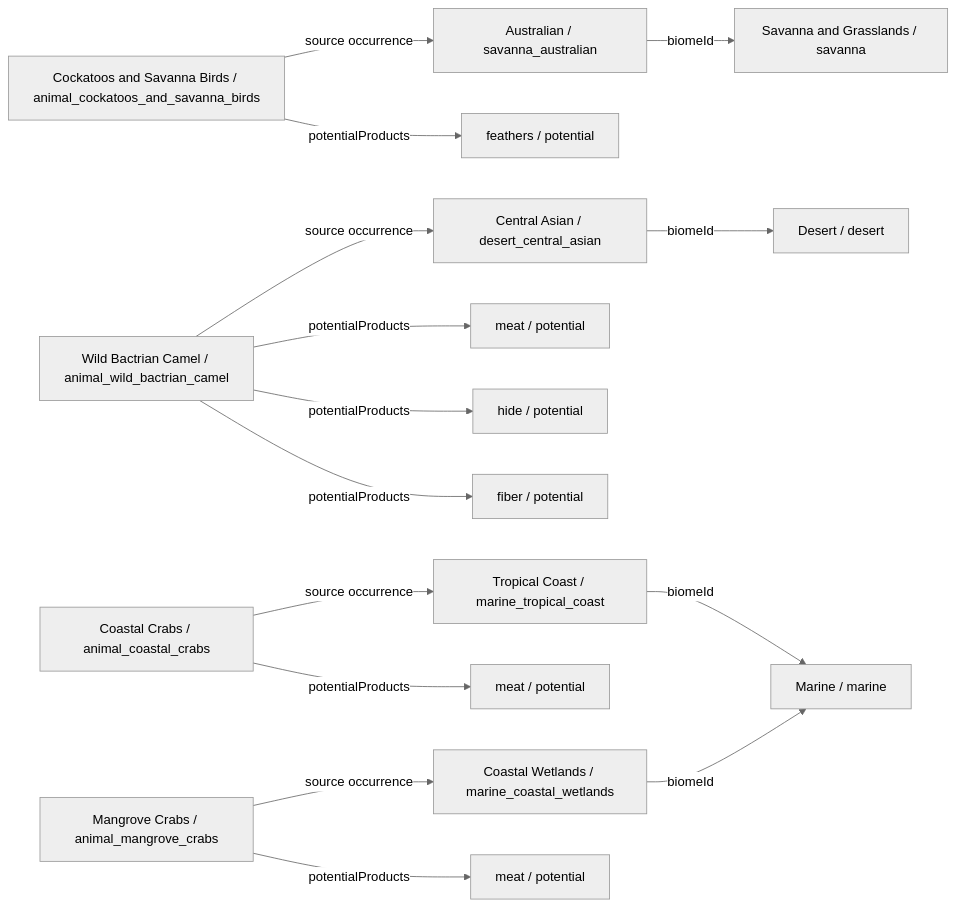
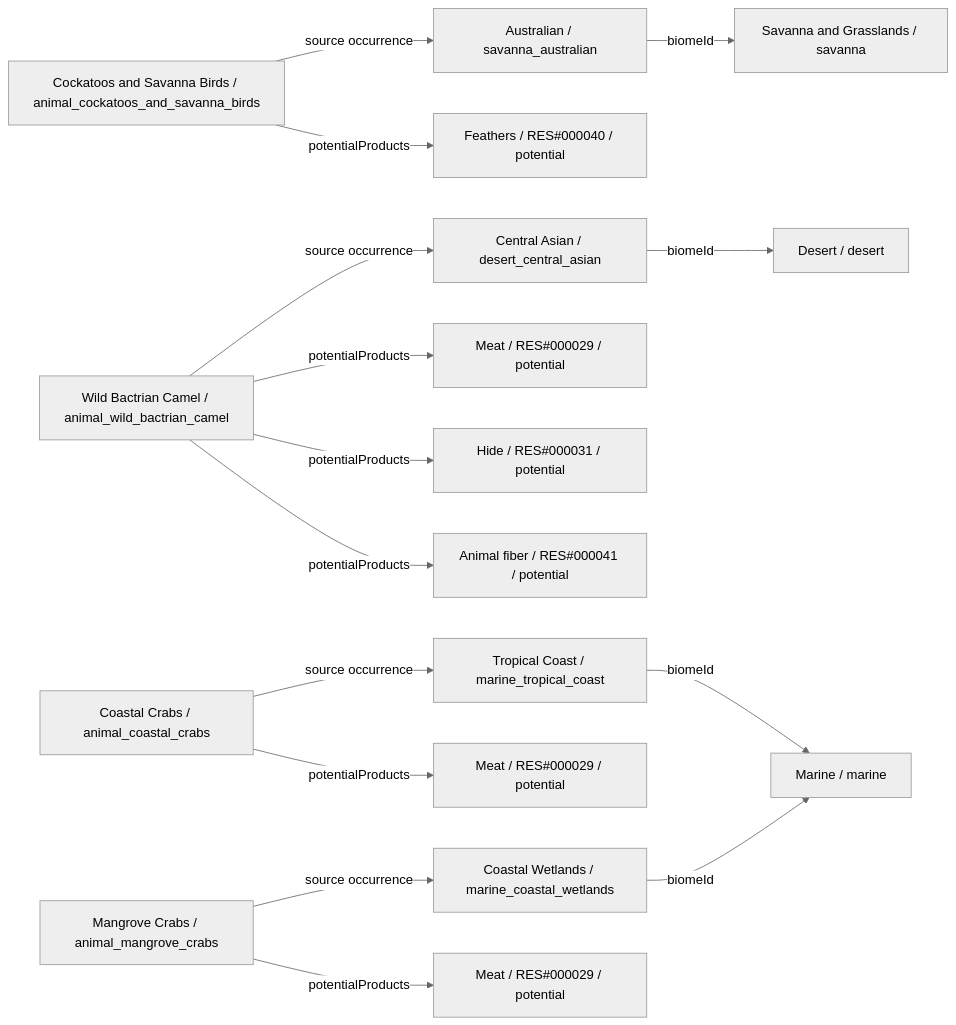
Before and after one commit to fgabo404/EvolveDoc: the fifth of 34 diagrams in data/animals/DIAGRAMS.md, drawn with Mermaid (neutral theme). The commit also changed other lines of this file and 50 other files, not shown here.

````diff
--- a/data/animals/DIAGRAMS.md
+++ b/data/animals/DIAGRAMS.md
@@ -318,34 +318,34 @@
 ```mermaid
 flowchart LR
     c0["Cockatoos and Savanna Birds / animal_cockatoos_and_savanna_birds"]
     v14["Australian / savanna_australian"]
     b3["Savanna and Grasslands / savanna"]
-    o0_0["feathers / potential"]
+    o0_0["Feathers / RES#000040 / potential"]
     c1["Wild Bactrian Camel / animal_wild_bactrian_camel"]
     v17["Central Asian / desert_central_asian"]
     b4["Desert / desert"]
-    o1_0["meat / potential"]
-    o1_1["hide / potential"]
-    o1_2["fiber / potential"]
+    o1_0["Meat / RES#000029 / potential"]
+    o1_1["Hide / RES#000031 / potential"]
+    o1_2["Animal fiber / RES#000041 / potential"]
     c2["Coastal Crabs / animal_coastal_crabs"]
     v19["Tropical Coast / marine_tropical_coast"]
     b5["Marine / marine"]
-    o2_0["meat / potential"]
+    o2_0["Meat / RES#000029 / potential"]
     c3["Mangrove Crabs / animal_mangrove_crabs"]
     v22["Coastal Wetlands / marine_coastal_wetlands"]
-    o3_0["meat / potential"]
+    o3_0["Meat / RES#000029 / potential"]
     c0 -->|potentialProducts| o0_0
     c0 -->|source occurrence| v14
     c1 -->|potentialProducts| o1_0
     c1 -->|potentialProducts| o1_1
     c1 -->|potentialProducts| o1_2
     c1 -->|source occurrence| v17
     c2 -->|potentialProducts| o2_0
     c2 -->|source occurrence| v19
     c3 -->|potentialProducts| o3_0
     c3 -->|source occurrence| v22
     v14 -->|biomeId| b3
     v17 -->|biomeId| b4
     v19 -->|biomeId| b5
     v22 -->|biomeId| b5
 ```
````
